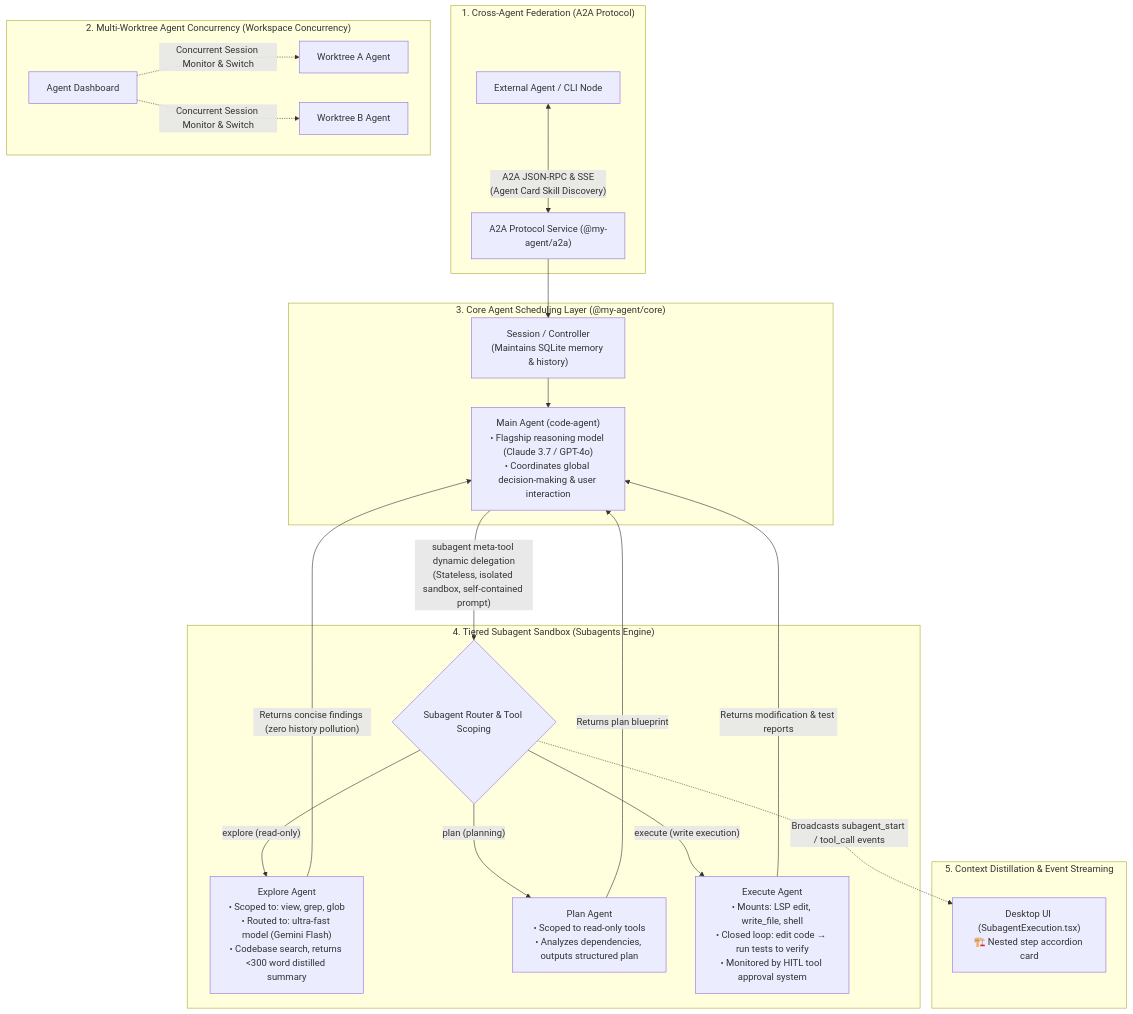
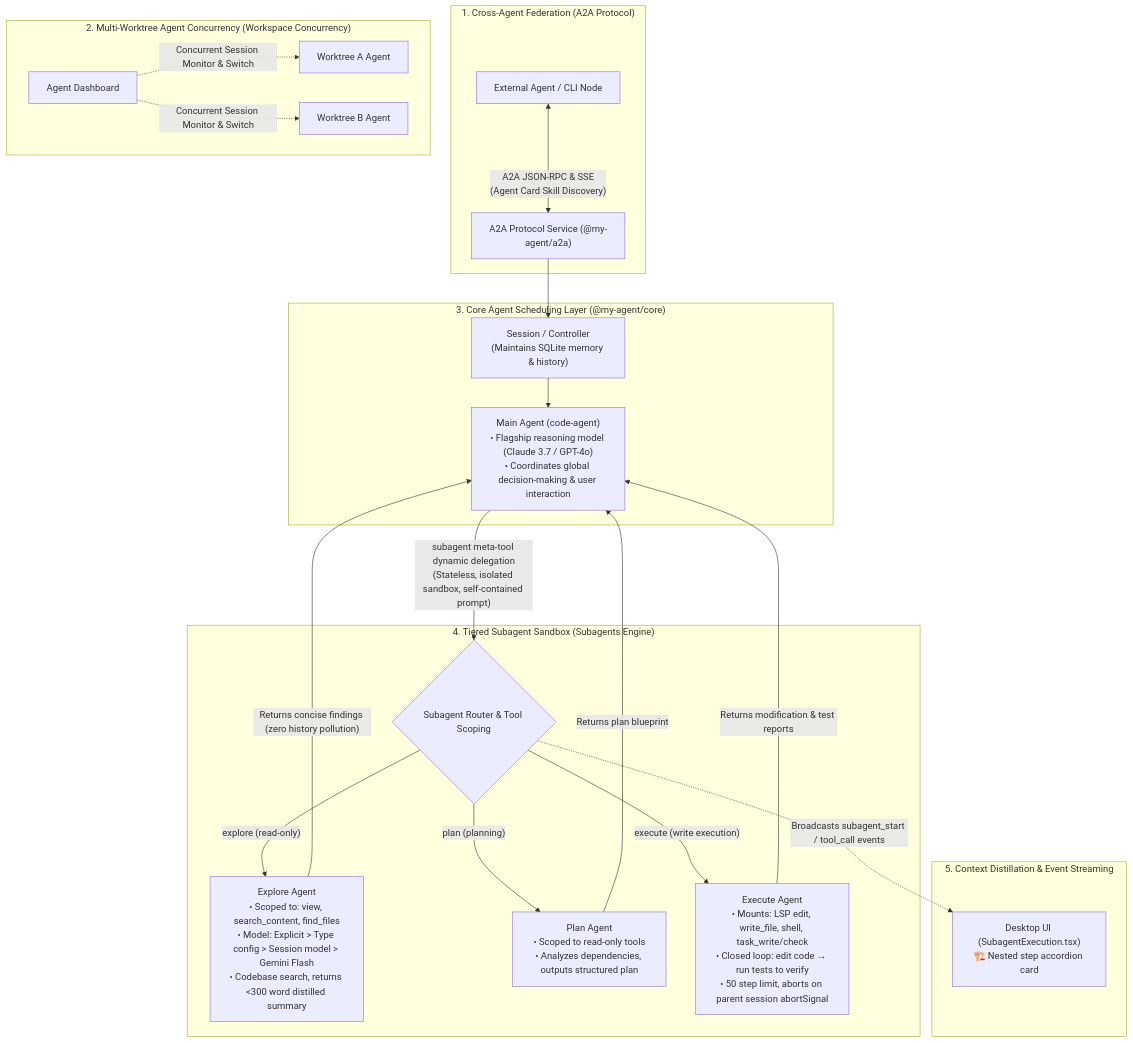
Before and after one commit to kidyfirst/my-agent: the third of 8 diagrams in README_EN.md, drawn with Mermaid. The commit also changed other lines of this file and 11 other files, not shown here.

````diff
--- a/README_EN.md
+++ b/README_EN.md
@@ -592,34 +598,34 @@
 ```mermaid
 flowchart TD
     subgraph ExternalAgents ["1. Cross-Agent Federation (A2A Protocol)"]
         RemoteAgent["External Agent / CLI Node"] <-->|"A2A JSON-RPC & SSE<br/>(Agent Card Skill Discovery)"| A2AServer["A2A Protocol Service (@my-agent/a2a)"]
     end
 
     subgraph MultiWorktree ["2. Multi-Worktree Agent Concurrency (Workspace Concurrency)"]
         Dashboard["Agent Dashboard"] -.->|"Concurrent Session Monitor & Switch"| MainSessionA["Worktree A Agent"]
         Dashboard -.->|"Concurrent Session Monitor & Switch"| MainSessionB["Worktree B Agent"]
     end
 
     subgraph Host ["3. Core Agent Scheduling Layer (@my-agent/core)"]
         Session["Session / Controller<br/>(Maintains SQLite memory & history)"]
         ParentAgent["Main Agent (code-agent)<br/>• Flagship reasoning model (Claude 3.7 / GPT-4o)<br/>• Coordinates global decision-making & user interaction"]
         Session --> ParentAgent
         A2AServer --> Session
     end
 
     subgraph SubagentSandbox ["4. Tiered Subagent Sandbox (Subagents Engine)"]
         ParentAgent -->|"subagent meta-tool dynamic delegation<br/>(Stateless, isolated sandbox, self-contained prompt)"| SubagentRouter{"Subagent Router & Tool Scoping"}
 
-        SubagentRouter -->|"explore (read-only)"| ExploreAgent["Explore Agent<br/>• Scoped to: view, grep, glob<br/>• Routed to: ultra-fast model (Gemini Flash)<br/>• Codebase search, returns <300 word distilled summary"]
+        SubagentRouter -->|"explore (read-only)"| ExploreAgent["Explore Agent<br/>• Scoped to: view, search_content, find_files<br/>• Model: Explicit > Type config > Session model > Gemini Flash<br/>• Codebase search, returns <300 word distilled summary"]
         SubagentRouter -->|"plan (planning)"| PlanAgent["Plan Agent<br/>• Scoped to read-only tools<br/>• Analyzes dependencies, outputs structured plan"]
-        SubagentRouter -->|"execute (write execution)"| ExecuteAgent["Execute Agent<br/>• Mounts: LSP edit, write_file, shell<br/>• Closed loop: edit code → run tests to verify<br/>• Monitored by HITL tool approval system"]
+        SubagentRouter -->|"execute (write execution)"| ExecuteAgent["Execute Agent<br/>• Mounts: LSP edit, write_file, shell, task_write/check<br/>• Closed loop: edit code → run tests to verify<br/>• 50 step limit, aborts on parent session abortSignal"]
     end
 
     subgraph Feedback ["5. Context Distillation & Event Streaming"]
         ExploreAgent -->|"Returns concise findings (zero history pollution)"| ParentAgent
         PlanAgent -->|"Returns plan blueprint"| ParentAgent
         ExecuteAgent -->|"Returns modification & test reports"| ParentAgent
 
         SubagentRouter -.->|"Broadcasts subagent_start / tool_call events"| UIComponent["Desktop UI (SubagentExecution.tsx)<br/>🏗️ Nested step accordion card"]
     end
 ```
````
